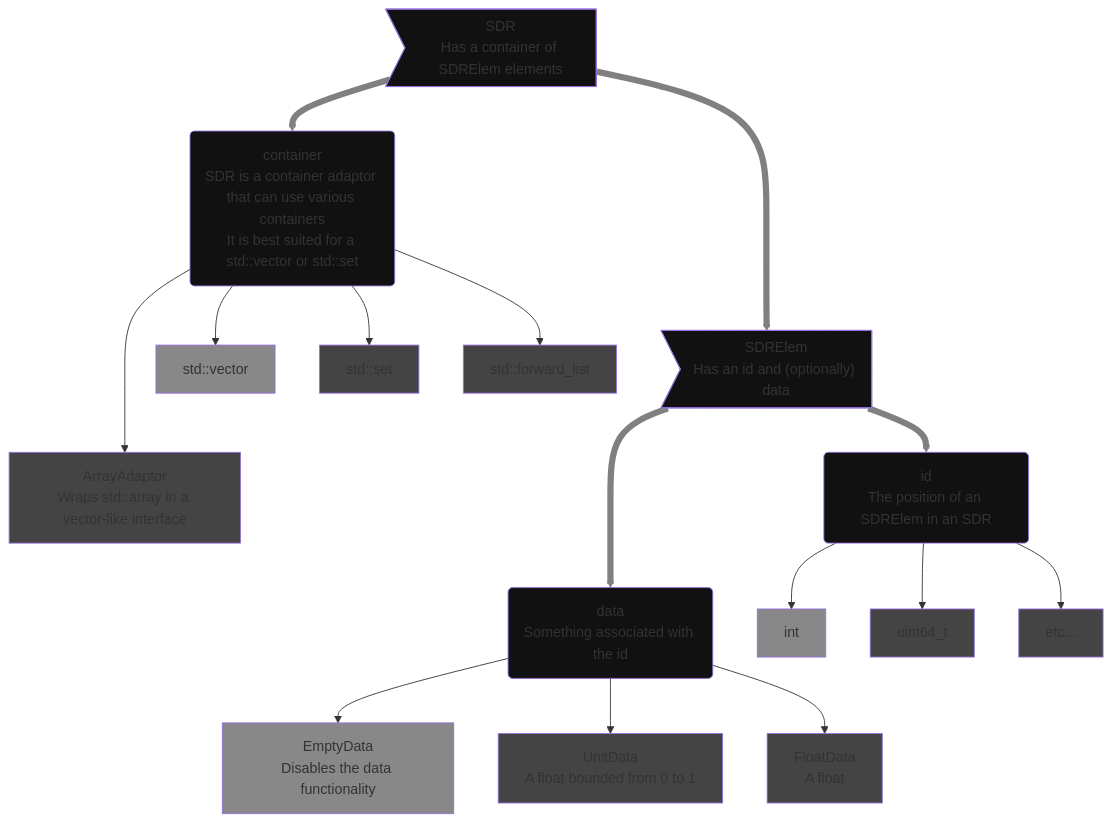
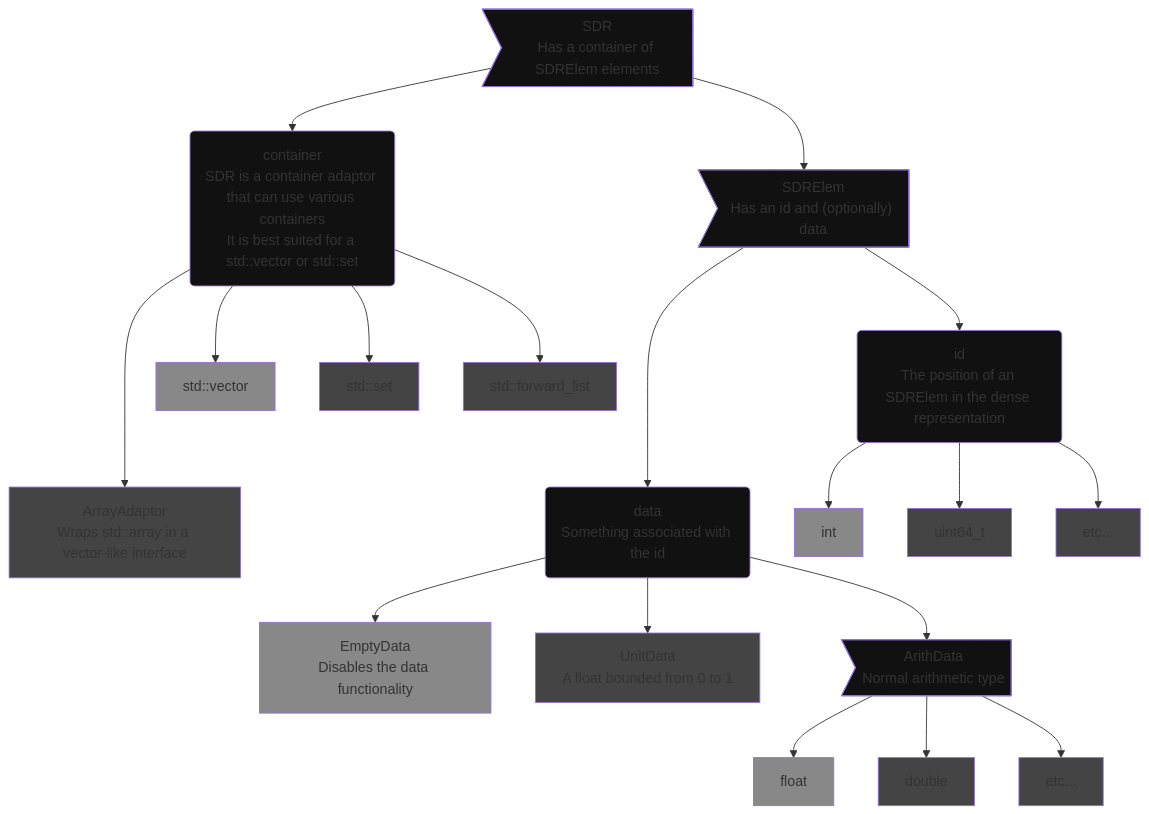
The second of 2 diagrams in README.md (jagprog5/SDR), drawn with Mermaid before and after one commit. The commit also changed 5 other files, not shown here.

Commit message:
FloatData -> ArithData

````diff
--- a/README.md
+++ b/README.md
@@ -103,53 +103,58 @@
 ```mermaid
 flowchart TB
     SDR>"SDR\nHas a container of SDRElem elements"]
     SDRElem>"SDRElem\nHas an id and (optionally) data"]
     container("container\nSDR is a container adaptor that can use various containers\nIt is best suited for a std::vector or std::set")
     ArrayAdaptor["ArrayAdaptor\nWraps std::array in a vector-like interface"]
     EmptyData["EmptyData\nDisables the data functionality"]
     UnitData["UnitData\nA float bounded from 0 to 1"]
-    FloatData["FloatData\nA float"]
-    id("id\nThe position of an SDRElem in an SDR")
+    ArithData>"ArithData\nNormal arithmetic type"]
+    id("id\nThe position of an SDRElem in the dense representation")
     data("data\nSomething associated with the id")
 
-    SDR--->SDRElem
+    SDR-->SDRElem
     SDR-->container
     container-->std::vector
     container-->std::set
     container-->std::forward_list
     container--->ArrayAdaptor
 
     SDRElem--->data
     SDRElem-->id
 
     id-->int
     id-->uint64_t
     id-->etc...
 
     data-->EmptyData
     data-->UnitData
-    data-->FloatData
+    data-->ArithData
+
+    ArithData-->float
+    ArithData-->double
+    etc2["etc..."]
+    ArithData-->etc2
 
 style SDR fill:#111
 style container fill:#111
 style SDRElem fill:#111
 style id fill:#111
 style data fill:#111
 
 style ArrayAdaptor fill:#444
 style std::set fill:#444
 style std::forward_list fill:#444
 style UnitData fill:#444
-style FloatData fill:#444
+style ArithData fill:#111
 style uint64_t fill:#444
 style etc... fill:#444
 
 style std::vector fill:#888
 style EmptyData fill:#888
 style int fill:#888
 
-linkStyle 0 stroke:grey,stroke-width:7px;
-linkStyle 1 stroke:grey,stroke-width:7px;
-linkStyle 6 stroke:grey,stroke-width:7px;
-linkStyle 7 stroke:grey,stroke-width:7px;
+style float fill:#888
+style double fill:#444
+style etc2 fill:#444
+
 ```
````
